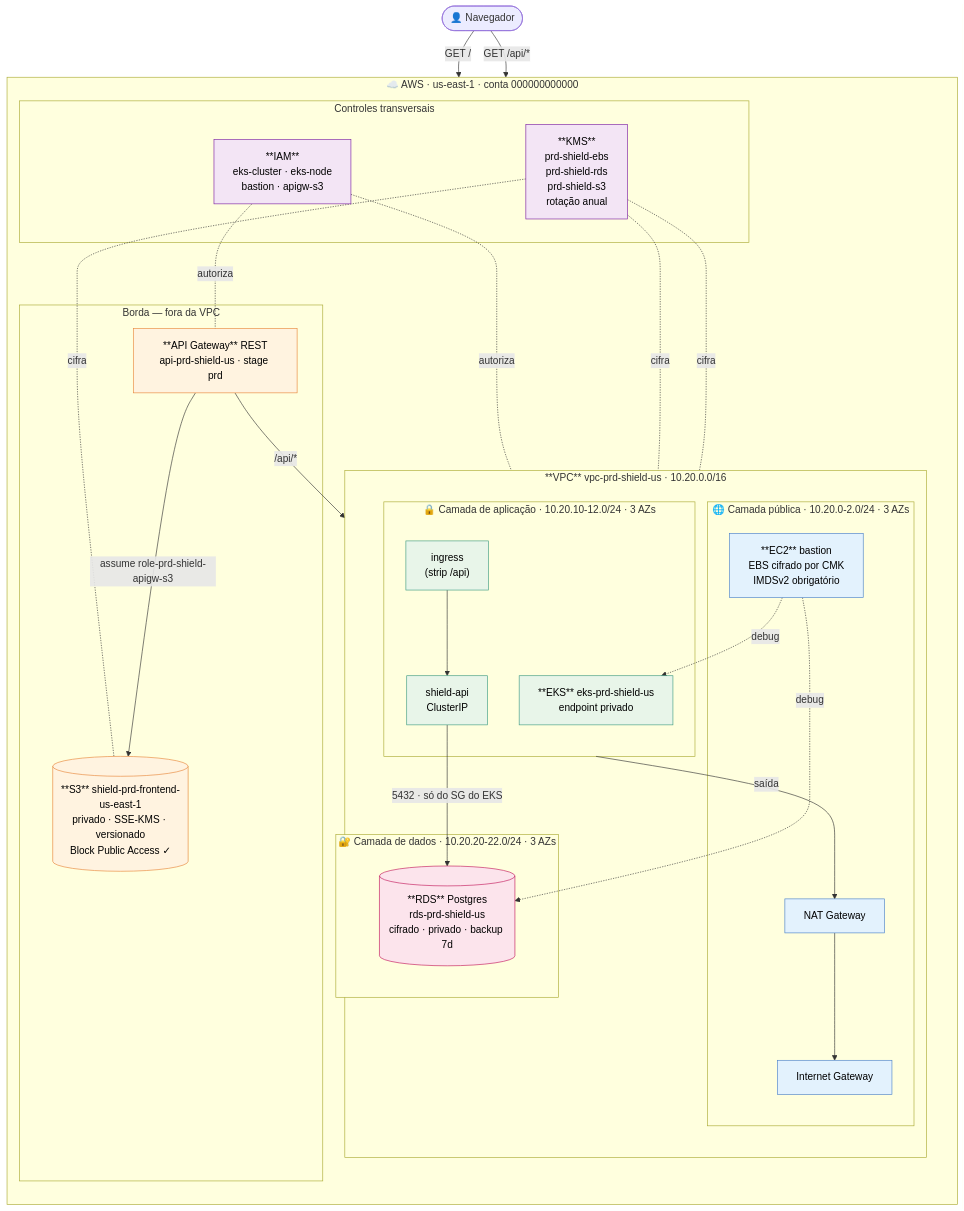
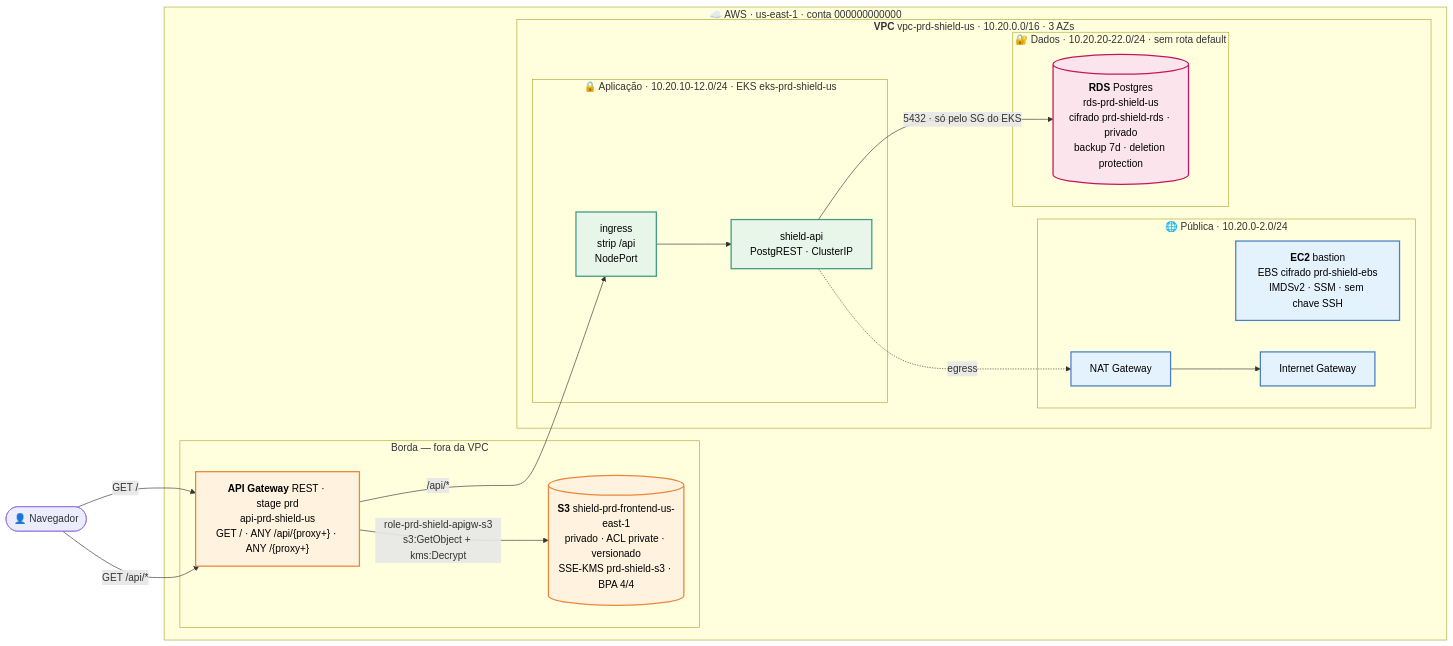
One commit to flowramps/local-aws-emulator changed the first of 2 diagrams in fluxo-de-construcao.md. Above: the diagram before and after it, drawn with Mermaid. The commit also changed other lines of this file and 6 other files, not shown here.

First line of the commit message:
docs: renderiza os diagramas de arquitetura como imagem

````diff
--- a/fluxo-de-construcao.md
+++ b/fluxo-de-construcao.md
@@ -28,64 +32,48 @@
 ```mermaid
-flowchart TB
+flowchart LR
     user(["👤 Navegador"])
 
-    subgraph aws["☁️ AWS · us-east-1 · conta 000000000000"]
-        direction TB
+    subgraph aws["☁️  AWS · us-east-1 · conta 000000000000"]
 
         subgraph edge["Borda — fora da VPC"]
-            apigw["**API Gateway** REST<br/>api-prd-shield-us · stage prd"]
-            s3[("**S3** shield-prd-frontend-us-east-1<br/>privado · SSE-KMS · versionado<br/>Block Public Access ✓")]
+            apigw["<b>API Gateway</b> REST · stage prd<br/>api-prd-shield-us<br/>GET / · ANY /api/{proxy+} · ANY /{proxy+}"]
+            s3[("<b>S3</b> shield-prd-frontend-us-east-1<br/>privado · ACL private · versionado<br/>SSE-KMS prd-shield-s3 · BPA 4/4")]
         end
 
-        subgraph vpc["**VPC** vpc-prd-shield-us · 10.20.0.0/16"]
-            direction TB
+        subgraph vpc["<b>VPC</b> vpc-prd-shield-us · 10.20.0.0/16 · 3 AZs"]
 
-            subgraph pub["🌐 Camada pública · 10.20.0-2.0/24 · 3 AZs"]
+            subgraph pub["🌐 Pública · 10.20.0-2.0/24"]
+                bastion["<b>EC2</b> bastion<br/>EBS cifrado prd-shield-ebs<br/>IMDSv2 · SSM · sem chave SSH"]
+                nat["NAT Gateway"]
                 igw["Internet Gateway"]
-                nat["NAT Gateway"]
-                bastion["**EC2** bastion<br/>EBS cifrado por CMK<br/>IMDSv2 obrigatório"]
             end
 
-            subgraph app["🔒 Camada de aplicação · 10.20.10-12.0/24 · 3 AZs"]
-                eks["**EKS** eks-prd-shield-us<br/>endpoint privado"]
-                ing["ingress<br/>(strip /api)"]
-                api["shield-api<br/>ClusterIP"]
+            subgraph app["🔒 Aplicação · 10.20.10-12.0/24 · EKS eks-prd-shield-us"]
+                ing["ingress<br/>strip /api<br/>NodePort"]
+                api["shield-api<br/>PostgREST · ClusterIP"]
             end
 
-            subgraph data["🔐 Camada de dados · 10.20.20-22.0/24 · 3 AZs"]
-                rds[("**RDS** Postgres<br/>rds-prd-shield-us<br/>cifrado · privado · backup 7d")]
+            subgraph data["🔐 Dados · 10.20.20-22.0/24 · sem rota default"]
+                rds[("<b>RDS</b> Postgres<br/>rds-prd-shield-us<br/>cifrado prd-shield-rds · privado<br/>backup 7d · deletion protection")]
             end
-        end
-
-        subgraph sec["Controles transversais"]
-            kms["**KMS**<br/>prd-shield-ebs<br/>prd-shield-rds<br/>prd-shield-s3<br/>rotação anual"]
-            iam["**IAM**<br/>eks-cluster · eks-node<br/>bastion · apigw-s3"]
         end
     end
 
     user -->|"GET /"| apigw
     user -->|"GET /api/*"| apigw
-    apigw -->|"assume role-prd-shield-apigw-s3"| s3
+    apigw -->|"role-prd-shield-apigw-s3<br/>s3:GetObject + kms:Decrypt"| s3
     apigw -->|"/api/*"| ing
     ing --> api
-    api -->|"5432 · só do SG do EKS"| rds
-    bastion -.->|"debug"| eks
-    bastion -.->|"debug"| rds
-    app -->|"saída"| nat --> igw
-    kms -.-|"cifra"| s3
-    kms -.-|"cifra"| rds
-    kms -.-|"cifra"| bastion
-    iam -.-|"autoriza"| apigw
-    iam -.-|"autoriza"| eks
+    api -->|"5432 · só pelo SG do EKS"| rds
+    api -.->|"egress"| nat
+    nat --> igw
 
-    classDef edgeC  fill:#fff3e0,stroke:#e8873a,color:#000
-    classDef pubC   fill:#e3f2fd,stroke:#4a80c9,color:#000
-    classDef appC   fill:#e8f5e9,stroke:#3f9c82,color:#000
-    classDef dataC  fill:#fce4ec,stroke:#c2185b,color:#000
-    classDef secC   fill:#f3e5f5,stroke:#7b1fa2,color:#000
+    classDef edgeC fill:#fff3e0,stroke:#e8873a,stroke-width:2px,color:#000
+    classDef pubC  fill:#e3f2fd,stroke:#4a80c9,stroke-width:2px,color:#000
+    classDef appC  fill:#e8f5e9,stroke:#3f9c82,stroke-width:2px,color:#000
+    classDef dataC fill:#fce4ec,stroke:#c2185b,stroke-width:2px,color:#000
     class apigw,s3 edgeC
     class igw,nat,bastion pubC
-    class eks,ing,api appC
+    class ing,api appC
     class rds dataC
-    class kms,iam secC
 ```
````
